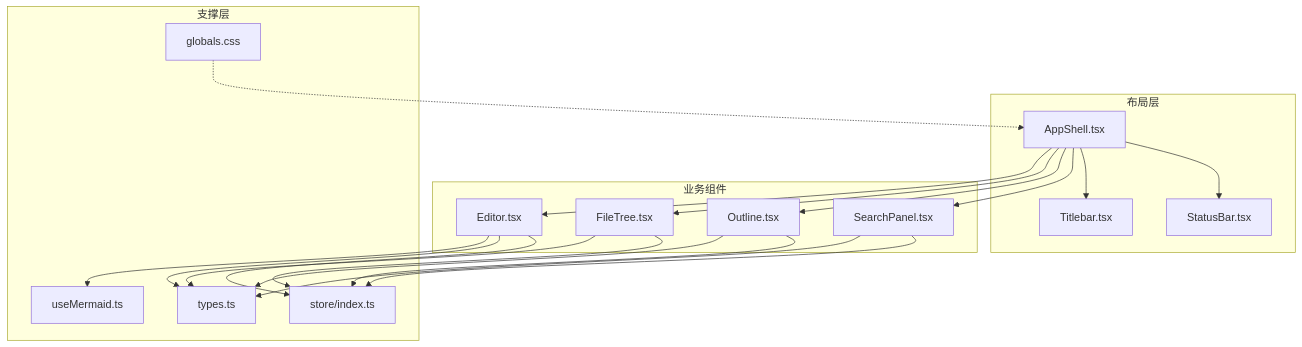
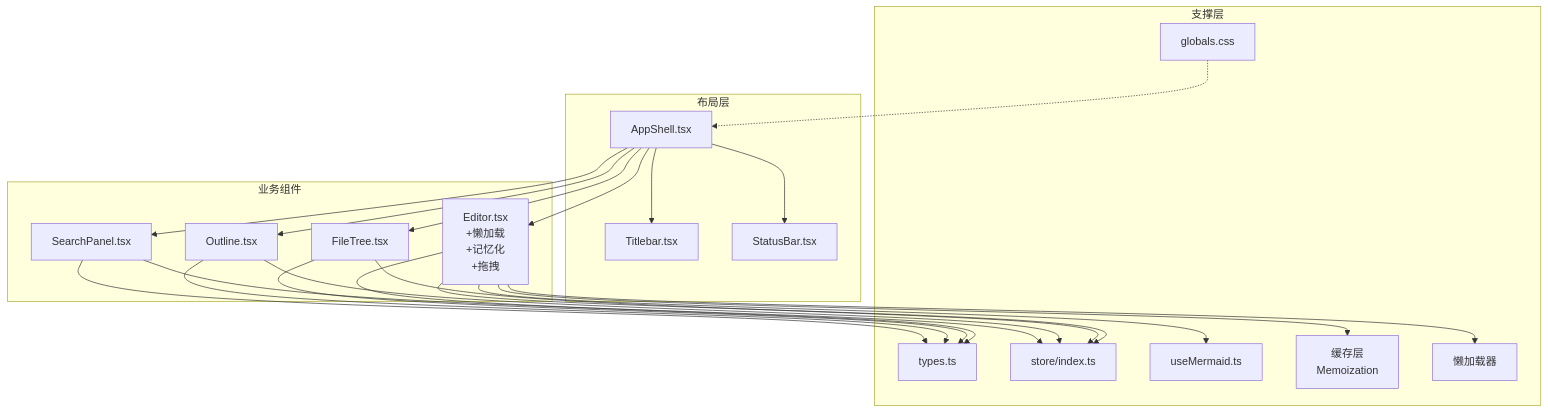
Before and after one commit to gongshiyun/ZenNote: the second of 11 diagrams in .qoder/repowiki/zh/content/核心组件/核心组件.md, drawn with Mermaid. The commit also changed other lines of this file and 42 other files, not shown here.

````diff
--- a/.qoder/repowiki/zh/content/核心组件/核心组件.md
+++ b/.qoder/repowiki/zh/content/核心组件/核心组件.md
@@ -119,36 +131,40 @@
 ```mermaid
 graph TB
 subgraph "布局层"
 Shell["AppShell.tsx"]
 Title["Titlebar.tsx"]
 Status["StatusBar.tsx"]
 end
 subgraph "业务组件"
-Editor["Editor.tsx"]
+Editor["Editor.tsx<br/>+懒加载<br/>+记忆化<br/>+拖拽"]
 FileTree["FileTree.tsx"]
 Outline["Outline.tsx"]
 Search["SearchPanel.tsx"]
 end
 subgraph "支撑层"
 Types["types.ts"]
 Store["store/index.ts"]
 MermaidHook["useMermaid.ts"]
 Styles["globals.css"]
+Cache["缓存层<br/>Memoization"]
+LazyLoader["懒加载器"]
 end
 Shell --> Editor
 Shell --> FileTree
 Shell --> Outline
 Shell --> Search
 Shell --> Title
 Shell --> Status
 Editor --> MermaidHook
 Editor --> Types
 Editor --> Store
+Editor --> Cache
+Editor --> LazyLoader
 FileTree --> Types
 FileTree --> Store
 Outline --> Types
 Outline --> Store
 Search --> Types
 Search --> Store
 Styles -.-> Shell
 ```
````
